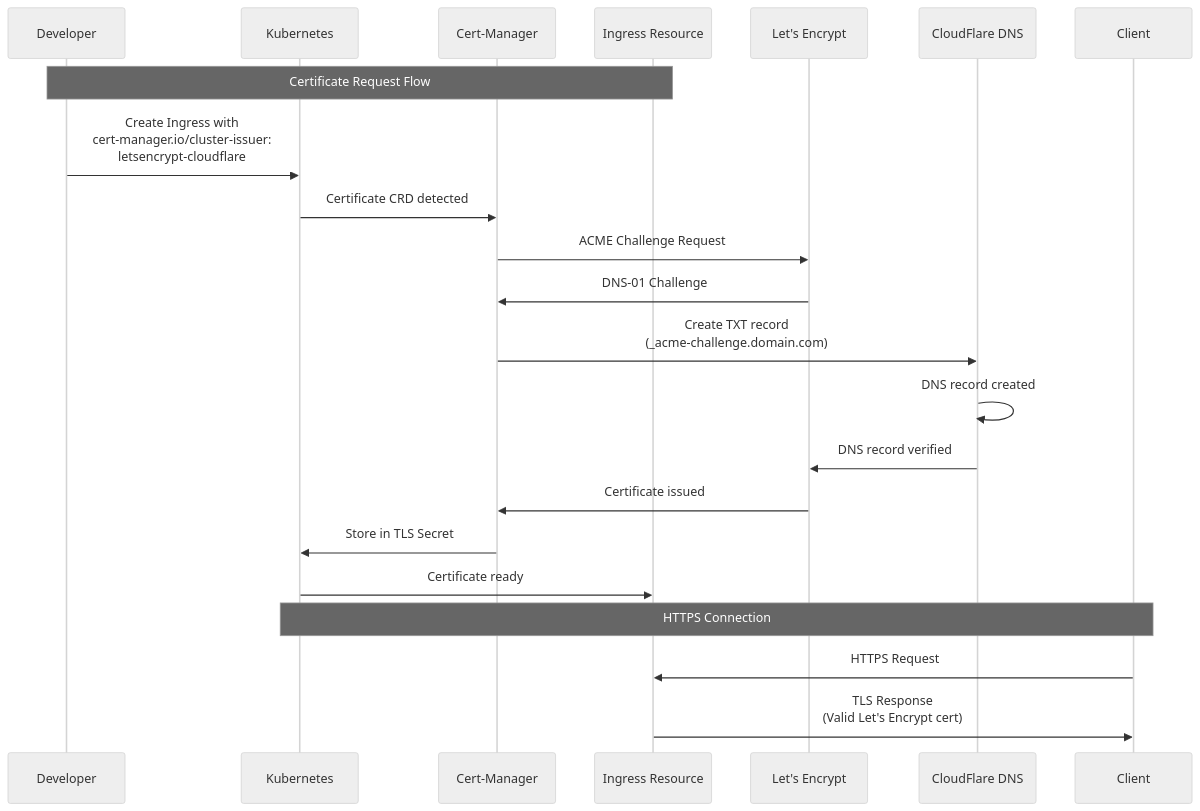
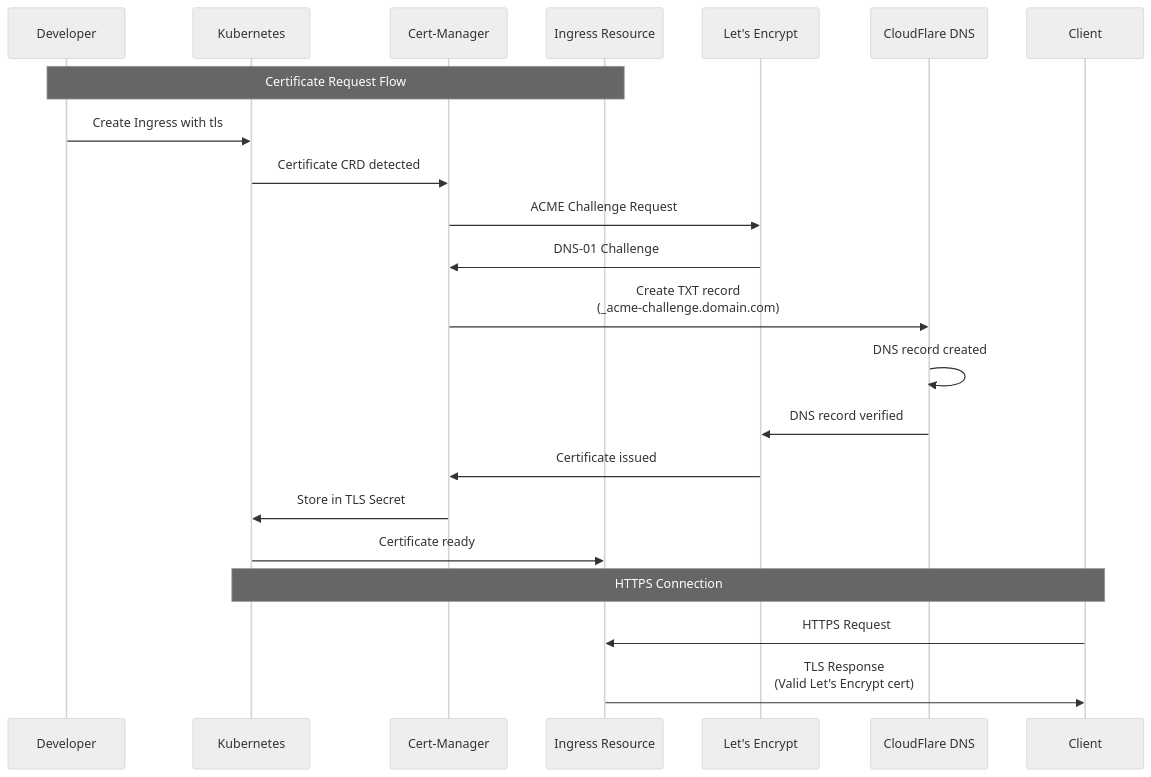
Before and after one commit to Saske912/presentation: the third of 11 diagrams in slides.md, drawn with Mermaid (neutral theme). The commit also changed other lines of this file and 11 other files, not shown here.

Commit message:
Remove outdated presentation files and update slides for improved clarity and organization. Adjusted Mermaid diagram settings for better readability and added zoom functionality. Enhanced styling for sequence diagrams and overall layout consistency.

````diff
--- a/slides.md
+++ b/slides.md
@@ -236,26 +236,26 @@
 ```mermaid
 sequenceDiagram
     participant Dev as Developer
     participant K8s as Kubernetes
     participant CertMgr as Cert-Manager
     participant Ingress as Ingress Resource
     participant LE as Let's Encrypt
     participant CF as CloudFlare DNS
     participant Client as Client
     
     Note over Dev,Ingress: Certificate Request Flow
-    Dev->>K8s: Create Ingress with<br/>cert-manager.io/cluster-issuer:<br/>letsencrypt-cloudflare
+    Dev->>K8s: Create Ingress with tls
     K8s->>CertMgr: Certificate CRD detected
     CertMgr->>LE: ACME Challenge Request
     LE->>CertMgr: DNS-01 Challenge
     CertMgr->>CF: Create TXT record<br/>(_acme-challenge.domain.com)
     CF->>CF: DNS record created
     CF->>LE: DNS record verified
     LE->>CertMgr: Certificate issued
     CertMgr->>K8s: Store in TLS Secret
     K8s->>Ingress: Certificate ready
     
     Note over Client,K8s: HTTPS Connection
     Client->>Ingress: HTTPS Request
     Ingress->>Client: TLS Response<br/>(Valid Let's Encrypt cert)
 ```
````
